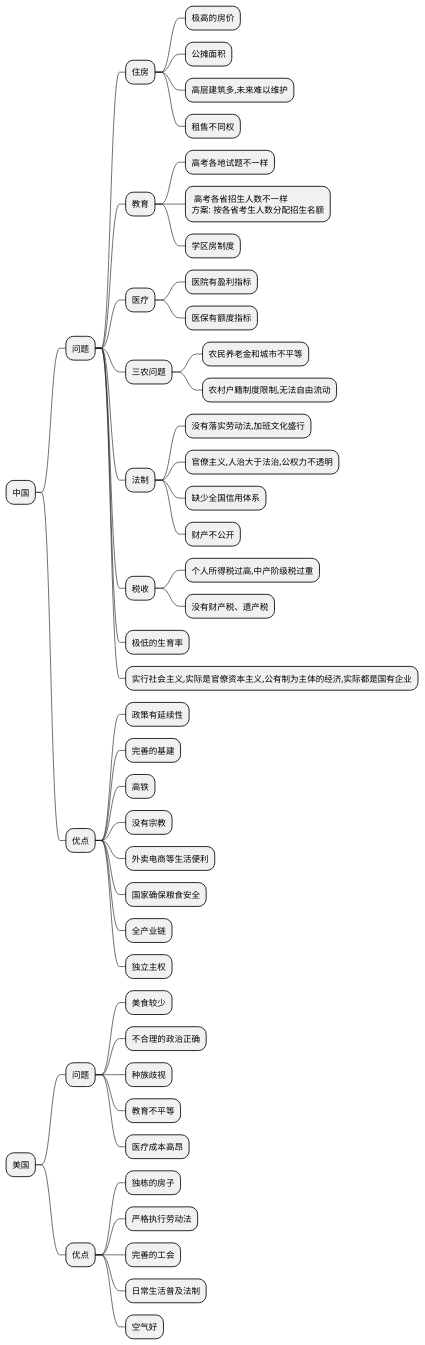
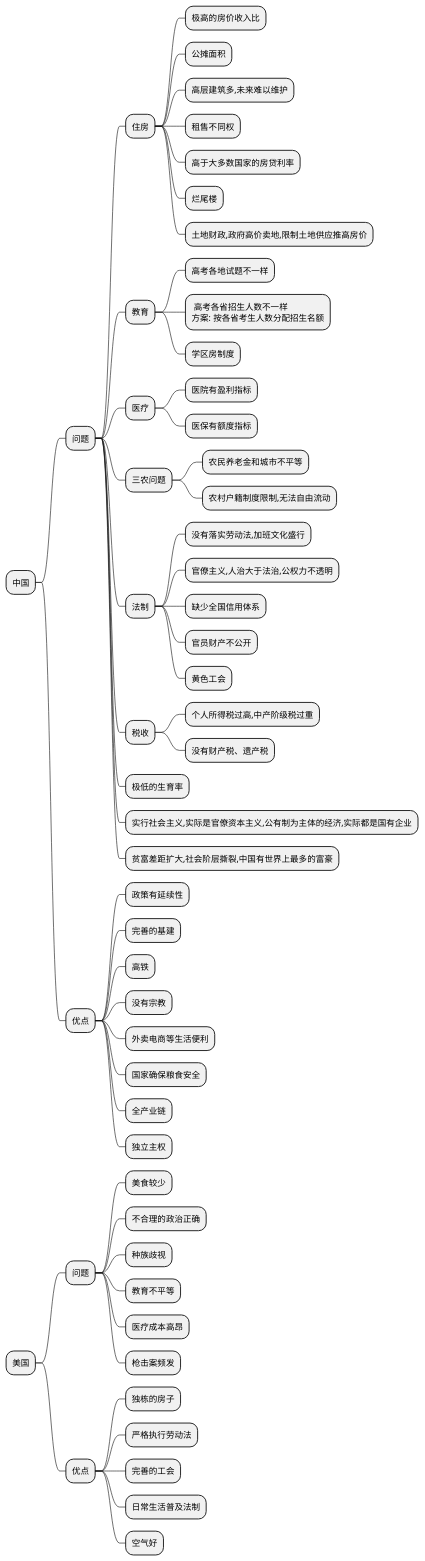
The diagram in D·观点-know_who/思考/中国社会.plantuml (Huang2070/alpha-centauri-c), drawn with PlantUML before and after one commit.

```diff
--- a/D·观点-know_who/思考/中国社会.plantuml
+++ b/D·观点-know_who/思考/中国社会.plantuml
@@ -1,67 +1,74 @@
 @startmindmap 中国
 * 中国
 ** 问题
 
 *** 住房
-**** 极高的房价
+**** 极高的房价收入比
 **** 公摊面积
 **** 高层建筑多,未来难以维护
 **** 租售不同权
+**** 高于大多数国家的房贷利率
+**** 烂尾楼
+**** 土地财政,政府高价卖地,限制土地供应推高房价
+
 
 *** 教育
 **** 高考各地试题不一样
 ****: 高考各省招生人数不一样
 方案: 按各省考生人数分配招生名额;
 **** 学区房制度
 
 *** 医疗
 **** 医院有盈利指标
 **** 医保有额度指标
 
 *** 三农问题
 **** 农民养老金和城市不平等
 **** 农村户籍制度限制,无法自由流动
 
 *** 法制
 **** 没有落实劳动法,加班文化盛行
 **** 官僚主义,人治大于法治,公权力不透明
 **** 缺少全国信用体系
-**** 财产不公开
+**** 官员财产不公开
+**** 黄色工会
 
 *** 税收
 **** 个人所得税过高,中产阶级税过重
 **** 没有财产税、遗产税
 
 
 *** 极低的生育率
 *** 实行社会主义,实际是官僚资本主义,公有制为主体的经济,实际都是国有企业
+*** 贫富差距扩大,社会阶层撕裂,中国有世界上最多的富豪
 
 
 ** 优点
 *** 政策有延续性
 *** 完善的基建
 *** 高铁
 *** 没有宗教
 *** 外卖电商等生活便利
 *** 国家确保粮食安全
 *** 全产业链
 *** 独立主权
 
 
 
 * 美国
 ** 问题
 *** 美食较少
 *** 不合理的政治正确
 *** 种族歧视
 *** 教育不平等
 *** 医疗成本高昂
+*** 枪击案频发
 
 
 ** 优点
 *** 独栋的房子
 *** 严格执行劳动法
 *** 完善的工会
 *** 日常生活普及法制
 *** 空气好
 @endmindmap
```
